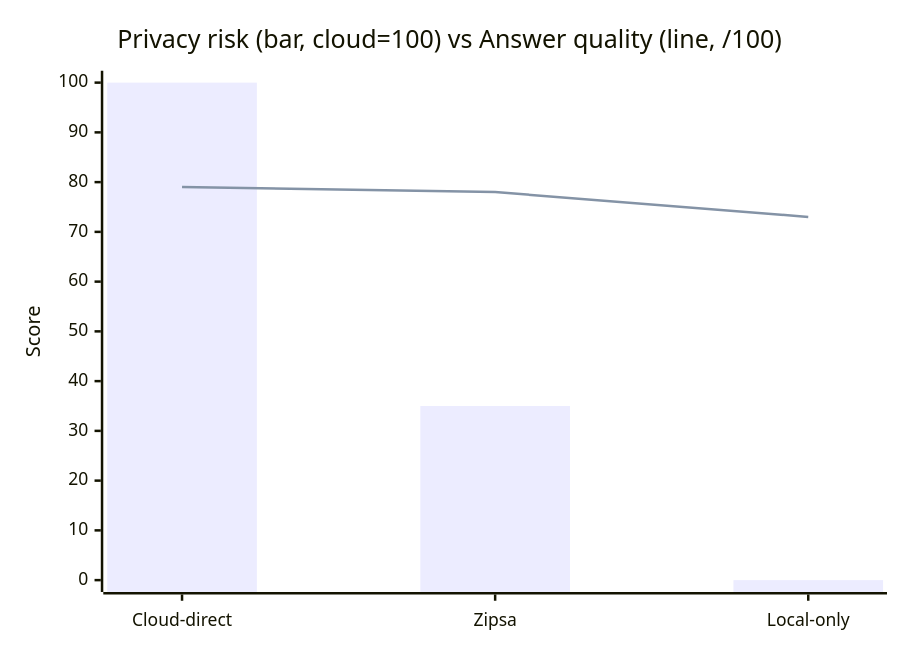
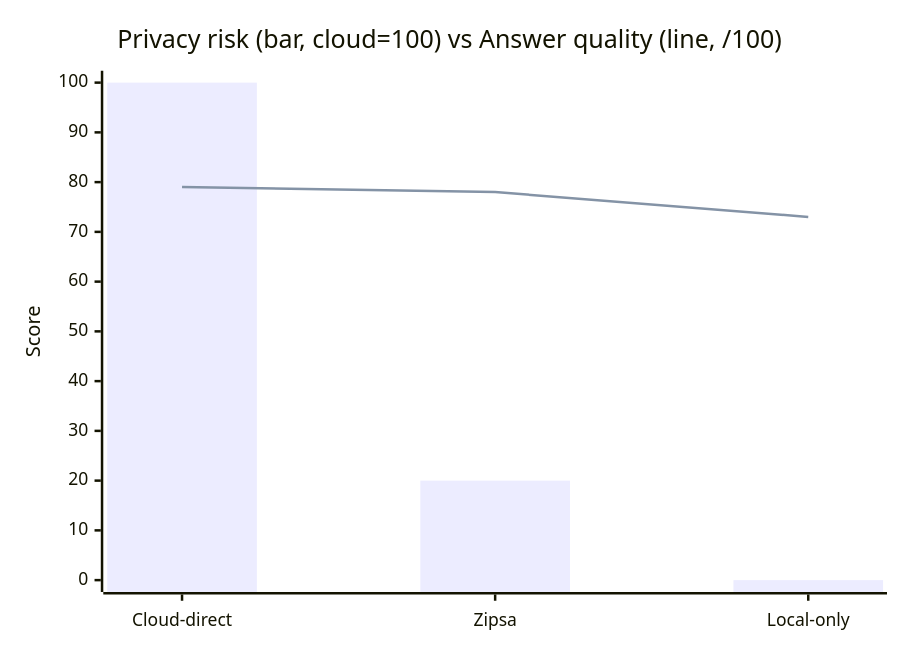
Before and after one commit to sulgik/zipsa: the second of 2 diagrams in README.md, drawn with Mermaid. The commit also changed other lines of this file, not shown here.

````diff
--- a/README.md
+++ b/README.md
@@ -127,8 +127,8 @@
 ```mermaid
 xychart-beta
     title "Privacy risk (bar, cloud=100) vs Answer quality (line, /100)"
     x-axis ["Cloud-direct", "Zipsa", "Local-only"]
     y-axis "Score" 0 --> 100
-    bar [100, 35, 0]
+    bar [100, 20, 0]
     line [79, 78, 73]
 ```
````
